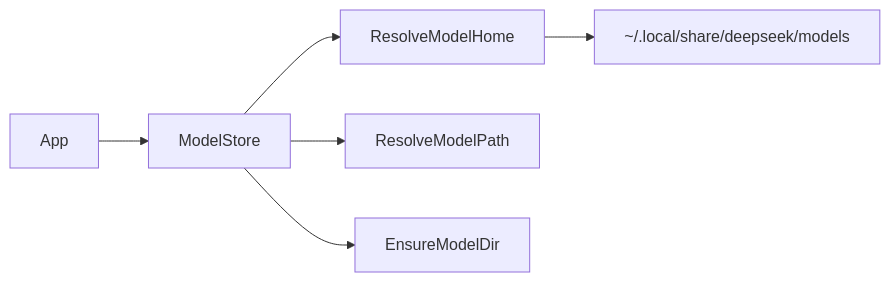
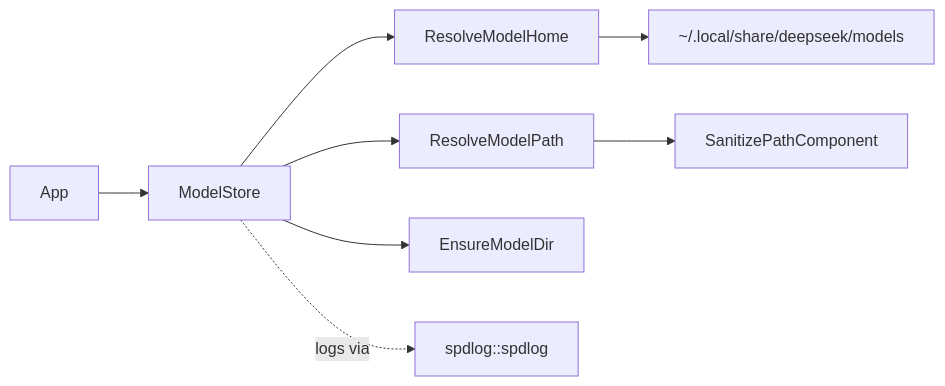
Before and after one commit to cschladetsch/CppCoder: the diagram in external/CppLmmModelStore/README.md, drawn with Mermaid. The commit also changed other lines of this file and 19 other files, not shown here.

````diff
--- a/external/CppLmmModelStore/README.md
+++ b/external/CppLmmModelStore/README.md
@@ -6,8 +6,10 @@
 ```mermaid
 flowchart LR
   A[App] --> B[ModelStore]
   B --> C[ResolveModelHome]
   B --> D[ResolveModelPath]
   B --> E[EnsureModelDir]
   C --> F[~/.local/share/deepseek/models]
+  D --> G[SanitizePathComponent]
+  B -.logs via.-> H[spdlog::spdlog]
 ```
````
